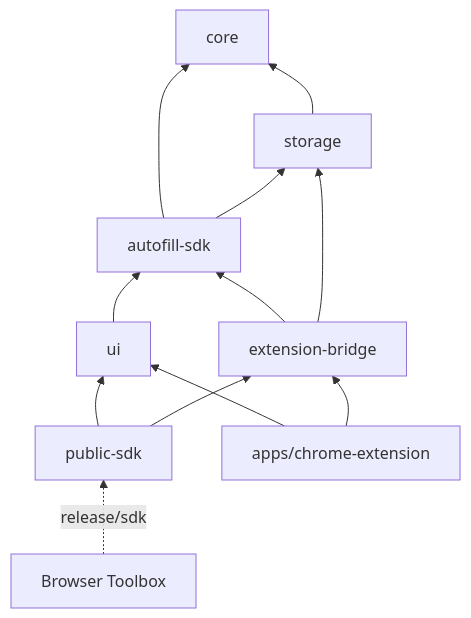
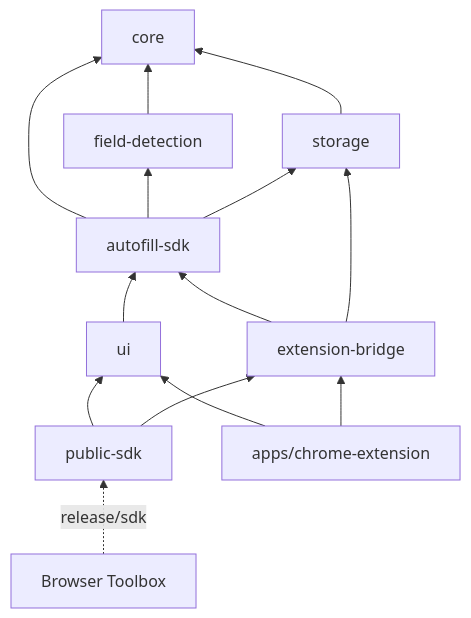
The first of 2 diagrams in docs/ARCHITECTURE.md (jayaprakash9603/auto-fill), drawn with Mermaid before and after one commit. The commit also changed other lines of this file and 60 other files, not shown here.

First line of the commit message:
Phase 2: generic field detection

````diff
--- a/docs/ARCHITECTURE.md
+++ b/docs/ARCHITECTURE.md
@@ -33,15 +33,17 @@
 ```mermaid
 flowchart BT
   core
+  detection[field-detection] --> core
   storage --> core
   autofillSdk[autofill-sdk] --> core
+  autofillSdk --> detection
   autofillSdk --> storage
   bridge[extension-bridge] --> autofillSdk
   bridge --> storage
   ui --> autofillSdk
   publicSdk[public-sdk] --> ui
   publicSdk --> bridge
   extension[apps/chrome-extension] --> ui
   extension --> bridge
   toolbox[Browser Toolbox] -. release/sdk .-> publicSdk
 ```
````
